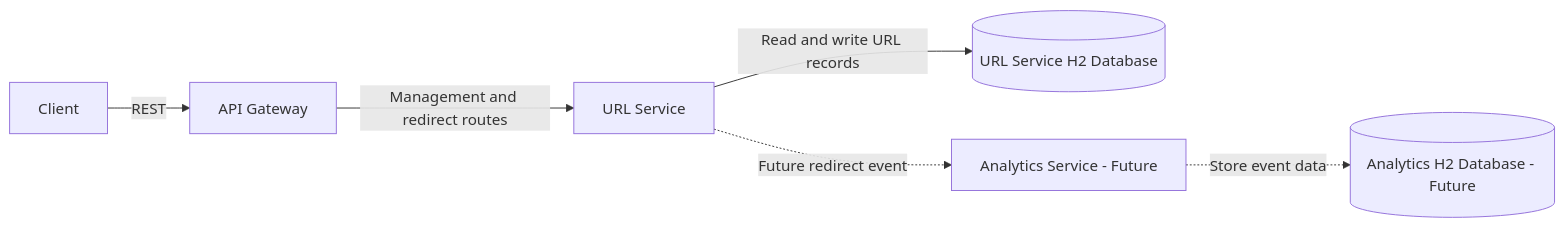
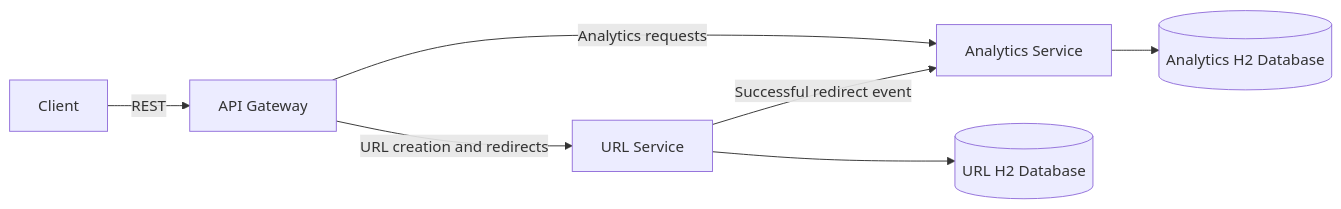
One commit to vamsikrishnaa415-a11y/URLShortner-AI changed the first of 2 diagrams in docs/Architecture.md. Above: the diagram before and after it, drawn with Mermaid. The commit also changed other lines of this file and 1 other file, not shown here.

Commit message:
docs: add architecture design and engineering decisions

````diff
--- a/docs/Architecture.md
+++ b/docs/Architecture.md
@@ -90,15 +22,9 @@
 ```mermaid
 flowchart LR
-    Client[Client]
-    Gateway[API Gateway]
-    UrlService[URL Service]
-    UrlDb[(URL Service H2 Database)]
-    AnalyticsService[Analytics Service - Future]
-    AnalyticsDb[(Analytics H2 Database - Future)]
-
-    Client -->|REST| Gateway
-    Gateway -->|Management and redirect routes| UrlService
-    UrlService -->|Read and write URL records| UrlDb
-    UrlService -.->|Future redirect event| AnalyticsService
-    AnalyticsService -.->|Store event data| AnalyticsDb
+    Client[Client] -->|REST| Gateway[API Gateway]
+    Gateway -->|URL creation and redirects| UrlService[URL Service]
+    Gateway -->|Analytics requests| AnalyticsService[Analytics Service]
+    UrlService --> UrlDatabase[(URL H2 Database)]
+    UrlService -->|Successful redirect event| AnalyticsService
+    AnalyticsService --> AnalyticsDatabase[(Analytics H2 Database)]
 ```
````
